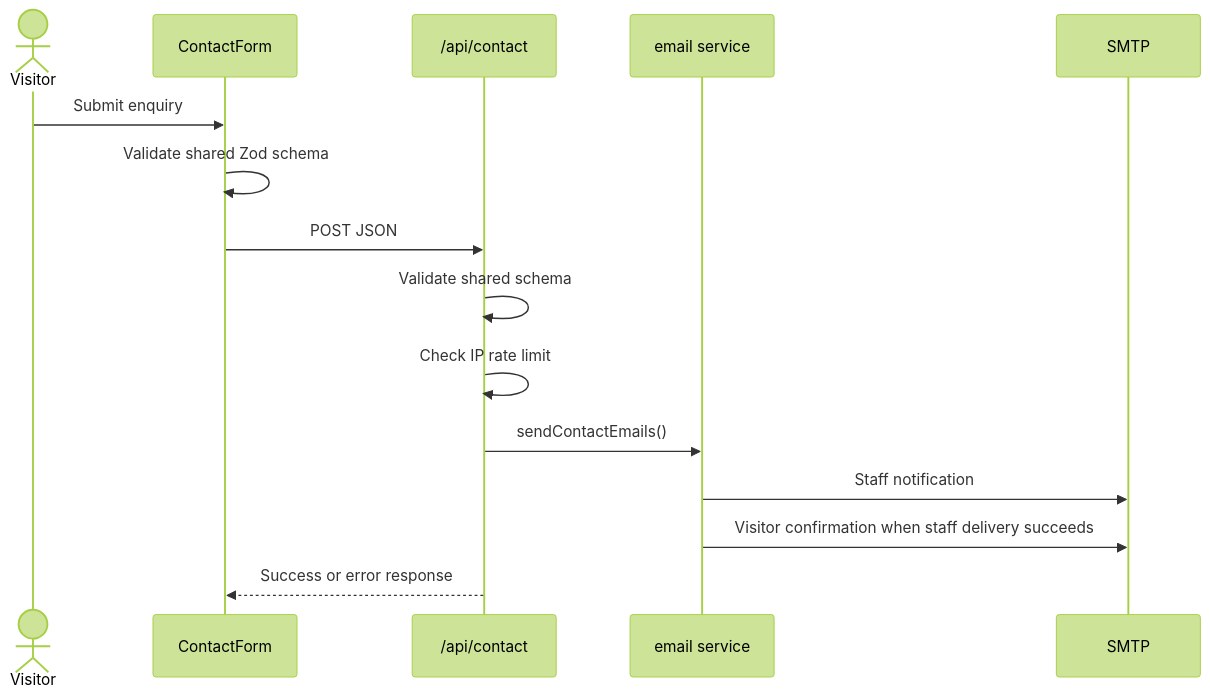
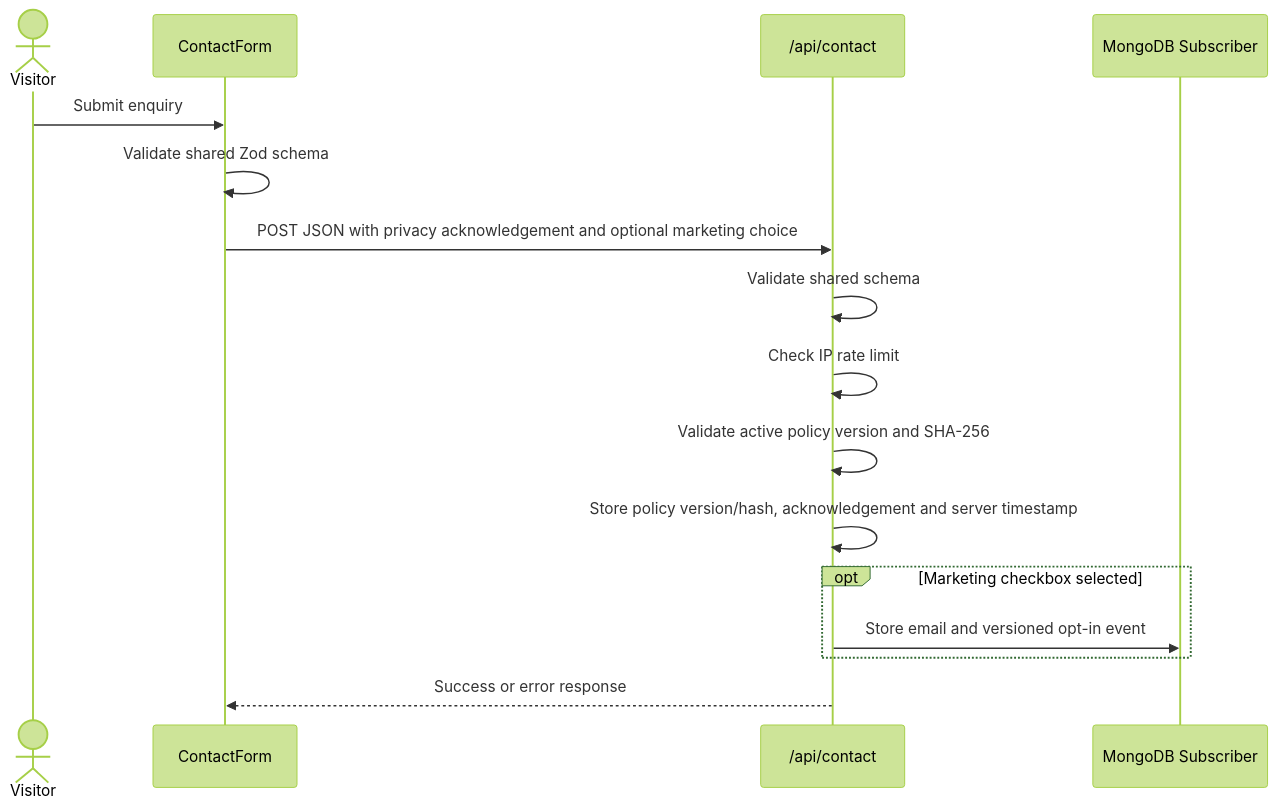
Before and after one commit to nlarge-global/nlarge-global-webste: the second of 2 diagrams in docs/ARCHITECTURE.md, drawn with Mermaid (forest theme). The commit also changed other lines of this file and 35 other files, not shown here.

First line of the commit message:
feat: add privacy policy and terms of service pages with metadata generation

````diff
--- a/docs/ARCHITECTURE.md
+++ b/docs/ARCHITECTURE.md
@@ -165,18 +185,19 @@
 ```mermaid
 sequenceDiagram
     actor Visitor
     participant Form as ContactForm
     participant API as /api/contact
-    participant Email as email service
-    participant SMTP
+    participant Subscriber as MongoDB Subscriber
 
     Visitor->>Form: Submit enquiry
     Form->>Form: Validate shared Zod schema
-    Form->>API: POST JSON
+    Form->>API: POST JSON with privacy acknowledgement and optional marketing choice
     API->>API: Validate shared schema
     API->>API: Check IP rate limit
-    API->>Email: sendContactEmails()
-    Email->>SMTP: Staff notification
-    Email->>SMTP: Visitor confirmation when staff delivery succeeds
+    API->>API: Validate active policy version and SHA-256
+    API->>API: Store policy version/hash, acknowledgement and server timestamp
+    opt Marketing checkbox selected
+        API->>Subscriber: Store email and versioned opt-in event
+    end
     API-->>Form: Success or error response
 ```
````
